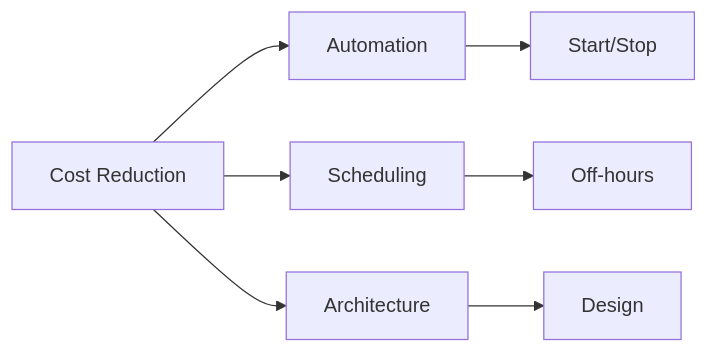
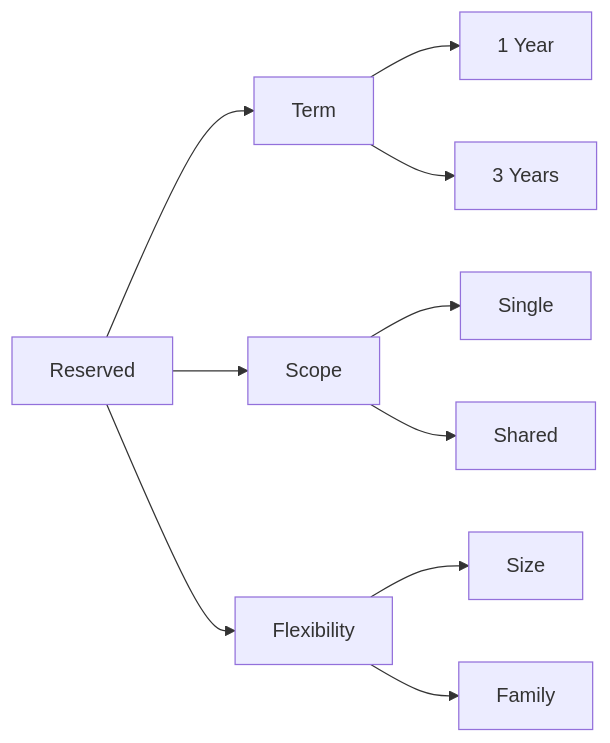
The seventh of 15 diagrams in src/azure/az-104/Cost_Management.md (saravanakumarrc/Architecture_Journey), drawn with Mermaid before and after one commit. The commit also changed other lines of this file and 6 other files, not shown here.

````diff
--- a/src/azure/az-104/Cost_Management.md
+++ b/src/azure/az-104/Cost_Management.md
@@ -122,10 +124,15 @@
 ```mermaid
 graph LR
-    A[Cost Reduction] --> B[Automation]
-    A --> C[Scheduling]
-    A --> D[Architecture]
+    A[Reserved] --> B[Term]
+    A --> C[Scope]
+    A --> D[Flexibility]
     
-    B --> E[Start/Stop]
-    C --> F[Off-hours]
-    D --> G[Design]
+    B --> E[1 Year]
+    B --> F[3 Years]
+    
+    C --> G[Single]
+    C --> H[Shared]
+    
+    D --> I[Size]
+    D --> J[Family]
 ```
````
